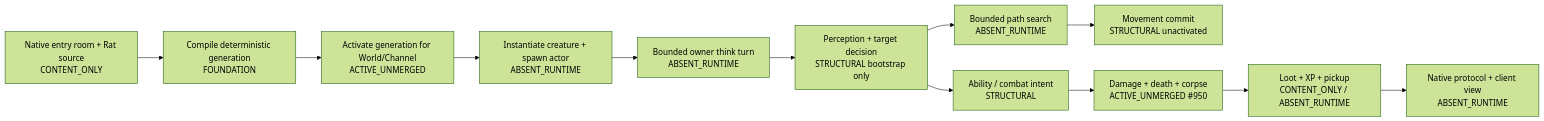
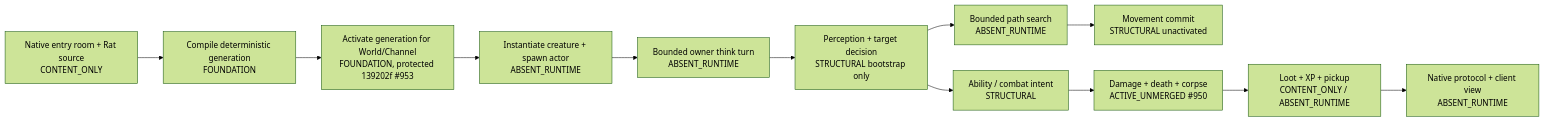
One commit to Oteryn/Oteryn-Game changed the fourth of 4 diagrams in docs/architecture/reviews/OTERYN_CANARY_CRYSTAL_GAME_MODULE_AUDIT_2026-09-26.md. Above: the diagram before and after it, drawn with Mermaid (forest theme). The commit also changed other lines of this file, not shown here.

First line of the commit message:
docs(architecture): correct audit activation status and Game-domain social/economy owners

````diff
--- a/docs/architecture/reviews/OTERYN_CANARY_CRYSTAL_GAME_MODULE_AUDIT_2026-09-26.md
+++ b/docs/architecture/reviews/OTERYN_CANARY_CRYSTAL_GAME_MODULE_AUDIT_2026-09-26.md
@@ -219,14 +219,14 @@
 ```mermaid
 flowchart LR
     A[Native entry room + Rat source\nCONTENT_ONLY] --> B[Compile deterministic generation\nFOUNDATION]
-    B --> C[Activate generation for World/Channel\nACTIVE_UNMERGED]
+    B --> C[Activate generation for World/Channel\nFOUNDATION, protected 139202f #953]
     C --> D[Instantiate creature + spawn actor\nABSENT_RUNTIME]
     D --> E[Bounded owner think turn\nABSENT_RUNTIME]
     E --> F[Perception + target decision\nSTRUCTURAL bootstrap only]
     F --> G[Bounded path search\nABSENT_RUNTIME]
     G --> H[Movement commit\nSTRUCTURAL unactivated]
     F --> I[Ability / combat intent\nSTRUCTURAL]
     I --> J[Damage + death + corpse\nACTIVE_UNMERGED #950]
     J --> K[Loot + XP + pickup\nCONTENT_ONLY / ABSENT_RUNTIME]
     K --> L[Native protocol + client view\nABSENT_RUNTIME]
 ```
````
